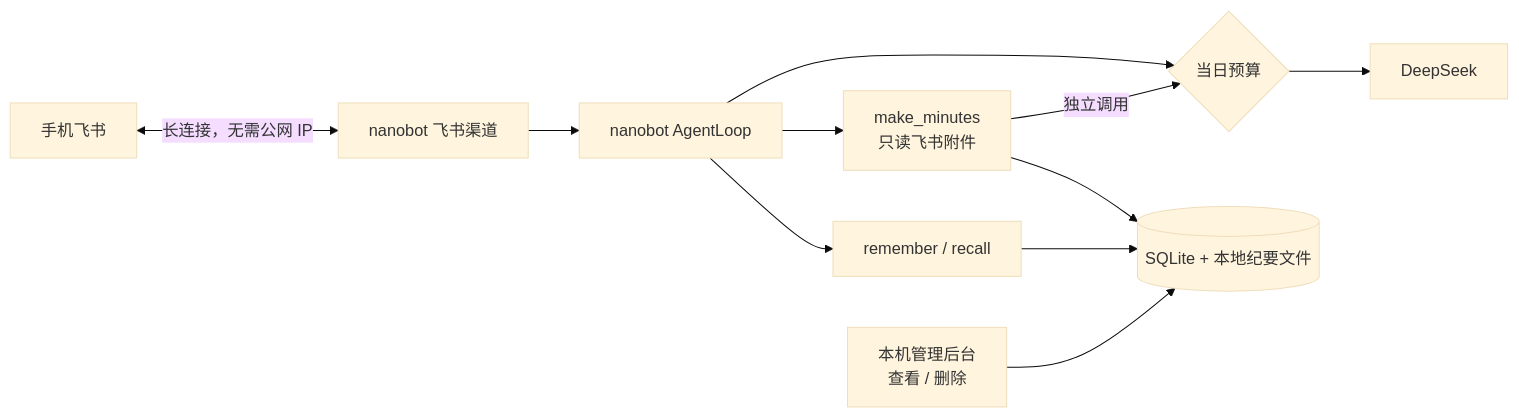
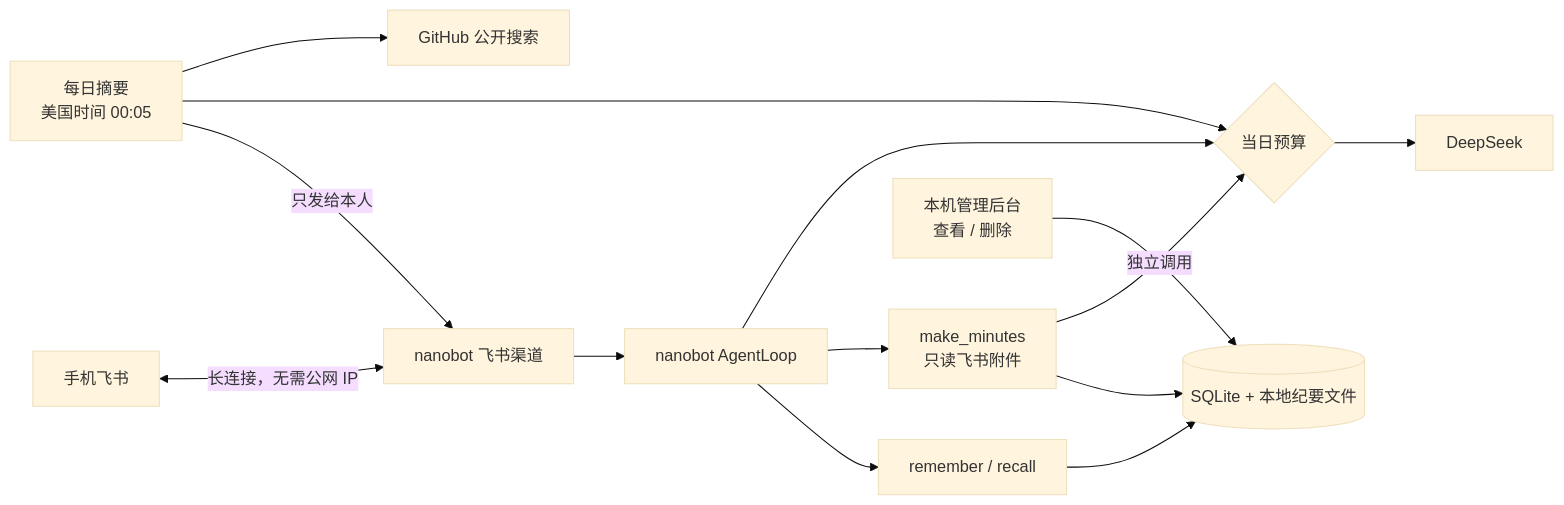
One commit to ZeroOnehub/xiaoji-agent changed the first of 2 diagrams in README.md. Above: the diagram before and after it, drawn with Mermaid (base theme). The commit also changed other lines of this file and 4 other files, not shown here.

````diff
--- a/README.md
+++ b/README.md
@@ -35,13 +39,16 @@
 ```mermaid
 flowchart LR
   Phone[手机飞书] <-->|长连接，无需公网 IP| CH[nanobot 飞书渠道]
   CH --> Loop[nanobot AgentLoop]
   Loop --> B{当日预算}
   B --> LLM[DeepSeek]
   Loop --> M[make_minutes<br/>只读飞书附件]
   Loop --> R[remember / recall]
+  Cron[每日摘要<br/>美国时间 00:05] --> GH[GitHub 公开搜索]
+  Cron --> B
+  Cron -->|只发给本人| CH
   M -->|独立调用| B
   M --> DB[(SQLite + 本地纪要文件)]
   R --> DB
   Admin[本机管理后台<br/>查看 / 删除] --> DB
 ```
````
